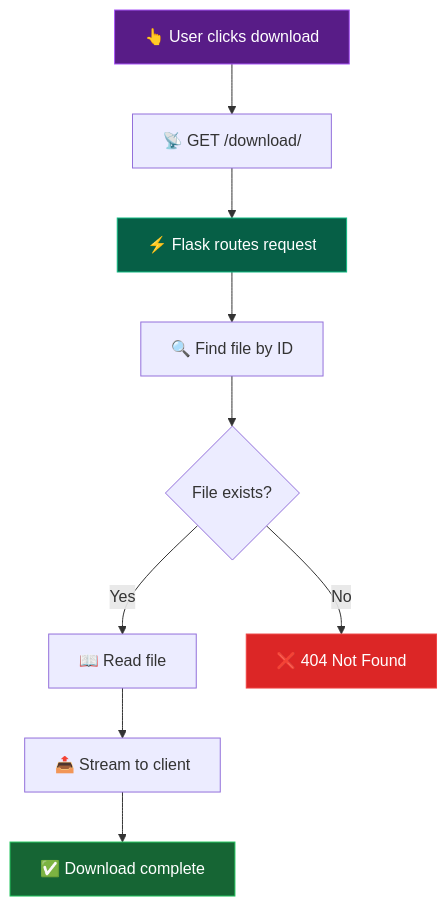
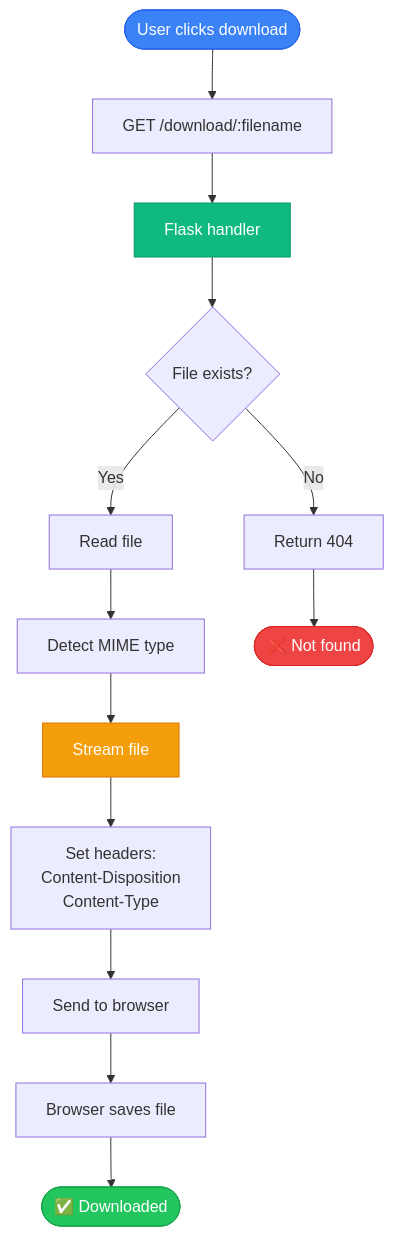
One commit to hetcharusat/sharejadpi changed the sixth of 16 diagrams in SGP_phase1/docs/architecture.md. Above: the diagram before and after it, drawn with Mermaid. The commit also changed other lines of this file and 1 other file, not shown here.

Commit message:
docs: comprehensive architecture with design patterns, workflows, and diagrams

````diff
--- a/SGP_phase1/docs/architecture.md
+++ b/SGP_phase1/docs/architecture.md
@@ -377,16 +292,26 @@
 ```mermaid
 flowchart TB
-    A["👆 User clicks download"] --> B["📡 GET /download/<id>"]
-    B --> C["⚡ Flask routes request"]
-    C --> D["🔍 Find file by ID"]
-    D --> E{"File exists?"}
-    E -->|Yes| F["📖 Read file"]
-    E -->|No| G["❌ 404 Not Found"]
-    F --> H["📤 Stream to client"]
-    H --> I["✅ Download complete"]
+    Start([User clicks download]) --> Request[GET /download/:filename]
+    Request --> Server[Flask handler]
     
-    style A fill:#581c87,stroke:#a855f7,color:#fff
-    style C fill:#065f46,stroke:#10b981,color:#fff
-    style I fill:#166534,stroke:#22c55e,color:#fff
-    style G fill:#dc2626,stroke:#ef4444,color:#fff
+    Server --> FindFile{File exists?}
+    
+    FindFile -->|No| Error404[Return 404]
+    FindFile -->|Yes| ReadFile[Read file]
+    
+    ReadFile --> MimeType[Detect MIME type]
+    MimeType --> Stream[Stream file]
+    Stream --> Headers[Set headers:<br/>Content-Disposition<br/>Content-Type]
+    
+    Headers --> Send[Send to browser]
+    Send --> BrowserSave[Browser saves file]
+    BrowserSave --> End([✅ Downloaded])
+    
+    Error404 --> End2([❌ Not found])
+    
+    style Start fill:#3b82f6,stroke:#2563eb,color:#fff
+    style Server fill:#10b981,stroke:#059669,color:#fff
+    style Stream fill:#f59e0b,stroke:#d97706,color:#fff
+    style End fill:#22c55e,stroke:#16a34a,color:#fff
+    style End2 fill:#ef4444,stroke:#dc2626,color:#fff
 ```
````
